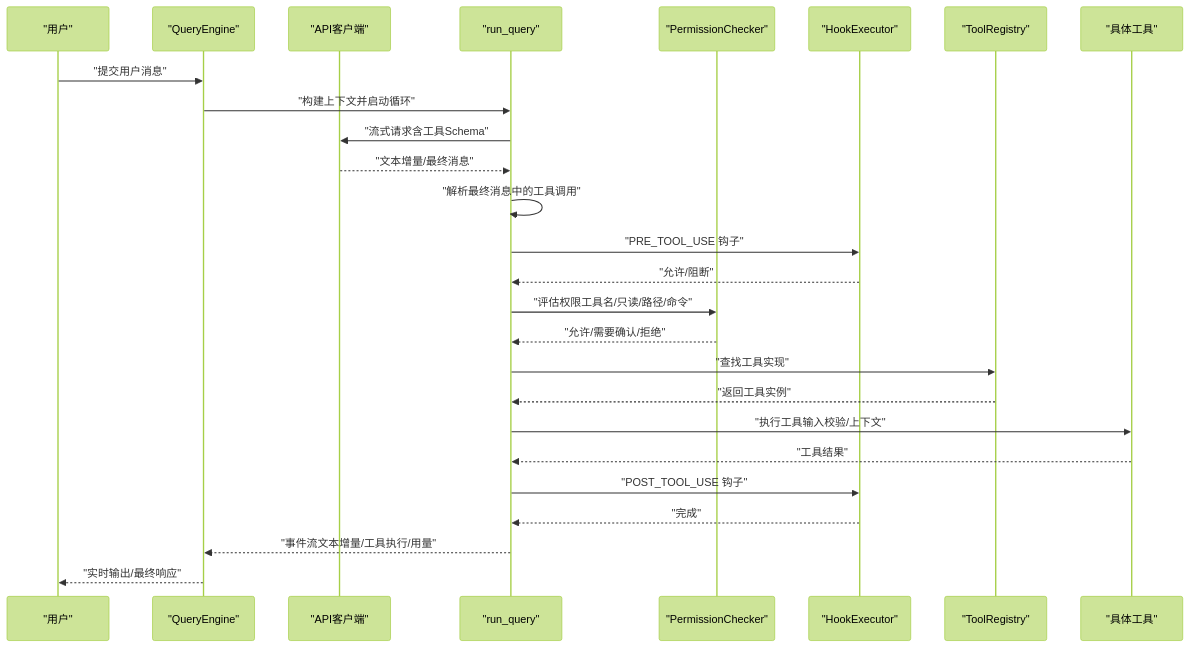
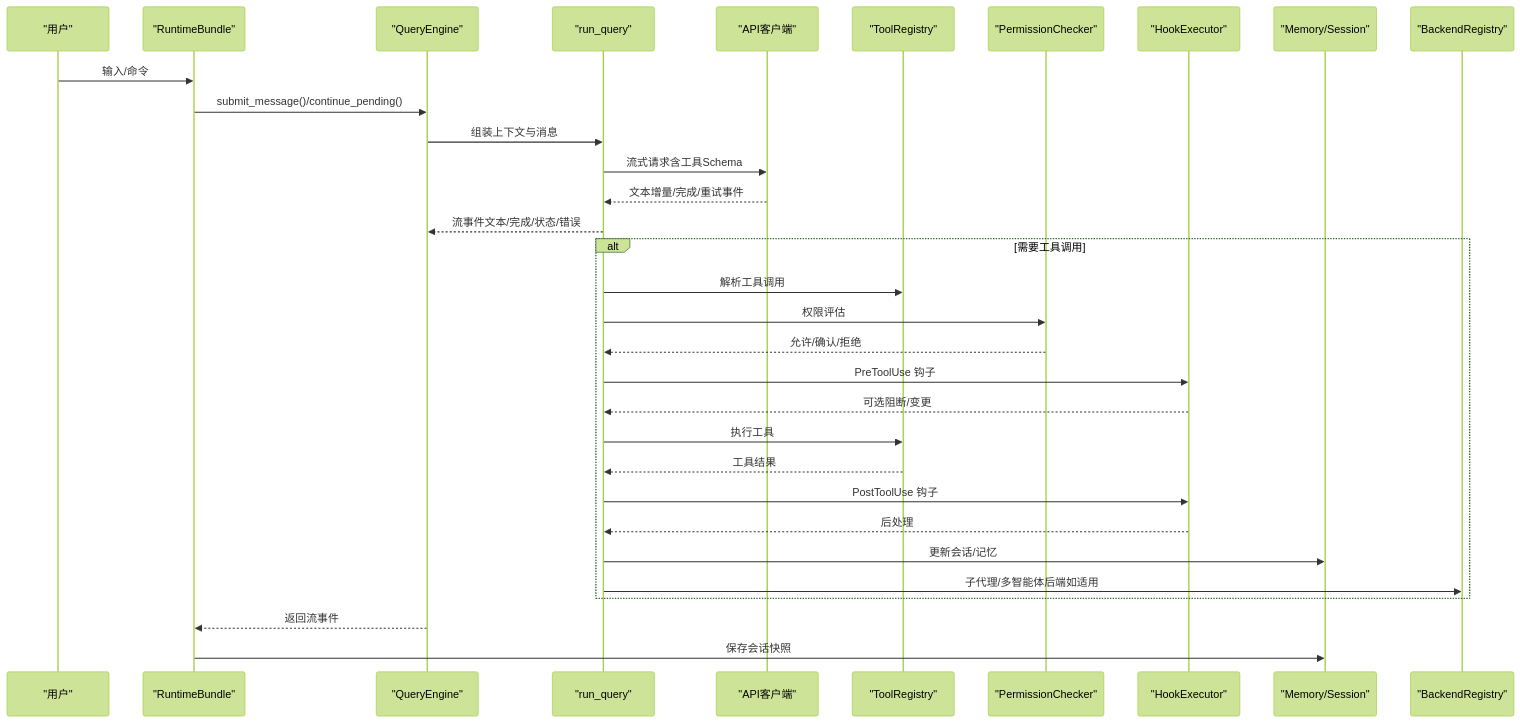
Before and after one commit to haolange/OpenHarness: the second of 9 diagrams in .qoder/repowiki/zh/content/核心概念/核心概念.md, drawn with Mermaid (forest theme). The commit also changed other lines of this file and 222 other files, not shown here.

````diff
--- a/.qoder/repowiki/zh/content/核心概念/核心概念.md
+++ b/.qoder/repowiki/zh/content/核心概念/核心概念.md
@@ -122,28 +137,34 @@
 ```mermaid
 sequenceDiagram
 participant U as "用户"
+participant RT as "RuntimeBundle"
 participant QE as "QueryEngine"
+participant QRY as "run_query"
 participant API as "API客户端"
-participant Q as "run_query"
+participant TR as "ToolRegistry"
 participant PC as "PermissionChecker"
 participant HE as "HookExecutor"
-participant TR as "ToolRegistry"
-participant T as "具体工具"
-U->>QE : "提交用户消息"
-QE->>Q : "构建上下文并启动循环"
-Q->>API : "流式请求含工具Schema"
-API-->>Q : "文本增量/最终消息"
-Q->>Q : "解析最终消息中的工具调用"
-Q->>HE : "PRE_TOOL_USE 钩子"
-HE-->>Q : "允许/阻断"
-Q->>PC : "评估权限工具名/只读/路径/命令"
-PC-->>Q : "允许/需要确认/拒绝"
-Q->>TR : "查找工具实现"
-TR-->>Q : "返回工具实例"
-Q->>T : "执行工具输入校验/上下文"
-T-->>Q : "工具结果"
-Q->>HE : "POST_TOOL_USE 钩子"
-HE-->>Q : "完成"
-Q-->>QE : "事件流文本增量/工具执行/用量"
-QE-->>U : "实时输出/最终响应"
+participant MEM as "Memory/Session"
+participant SW as "BackendRegistry"
+U->>RT : 输入/命令
+RT->>QE : submit_message()/continue_pending()
+QE->>QRY : 组装上下文与消息
+QRY->>API : 流式请求含工具Schema
+API-->>QRY : 文本增量/完成/重试事件
+QRY-->>QE : 流事件文本/完成/状态/错误
+alt 需要工具调用
+QRY->>TR : 解析工具调用
+QRY->>PC : 权限评估
+PC-->>QRY : 允许/确认/拒绝
+QRY->>HE : PreToolUse 钩子
+HE-->>QRY : 可选阻断/变更
+QRY->>TR : 执行工具
+TR-->>QRY : 工具结果
+QRY->>HE : PostToolUse 钩子
+HE-->>QRY : 后处理
+QRY->>MEM : 更新会话/记忆
+QRY->>SW : 子代理/多智能体后端如适用
+end
+QE-->>RT : 返回流事件
+RT->>MEM : 保存会话快照
 ```
````
